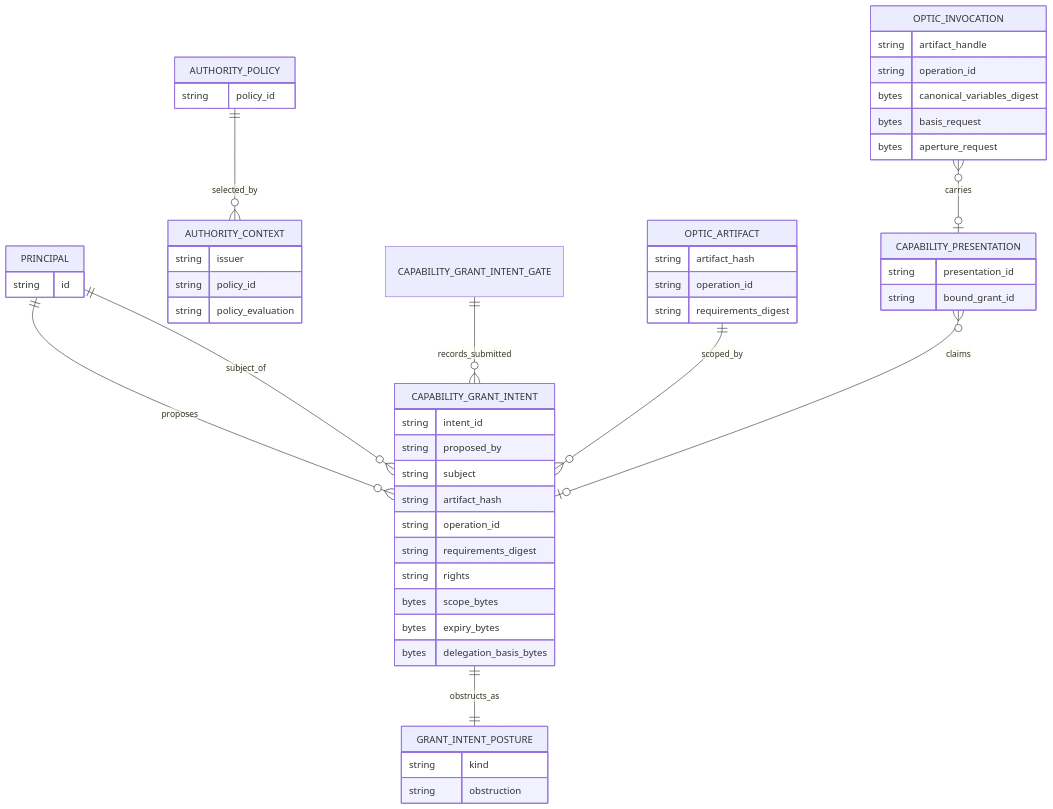
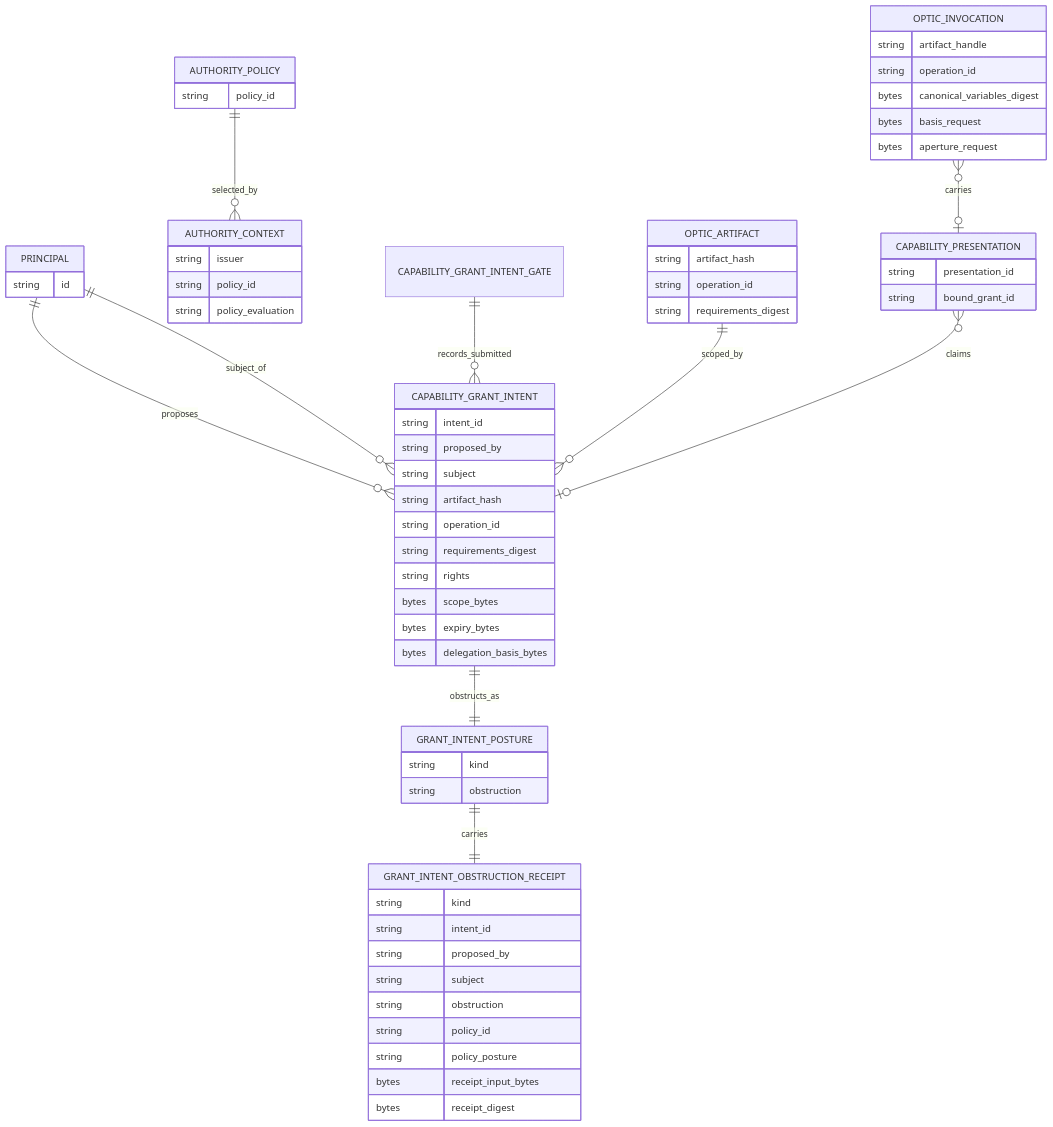
Before and after one commit to flyingrobots/echo: the fifth of 5 diagrams in docs/design/optic-capability-grant-intent-boundary.md, drawn with Mermaid. The commit also changed other lines of this file and 4 other files, not shown here.

Commit message:
feat(core): add grant intent obstruction receipt shape

````diff
--- a/docs/design/optic-capability-grant-intent-boundary.md
+++ b/docs/design/optic-capability-grant-intent-boundary.md
@@ -231,62 +250,75 @@
 ```mermaid
 erDiagram
   PRINCIPAL ||--o{ CAPABILITY_GRANT_INTENT : proposes
   PRINCIPAL ||--o{ CAPABILITY_GRANT_INTENT : subject_of
   AUTHORITY_POLICY ||--o{ AUTHORITY_CONTEXT : selected_by
   CAPABILITY_GRANT_INTENT_GATE ||--o{ CAPABILITY_GRANT_INTENT : records_submitted
   OPTIC_ARTIFACT ||--o{ CAPABILITY_GRANT_INTENT : scoped_by
   CAPABILITY_GRANT_INTENT ||--|| GRANT_INTENT_POSTURE : obstructs_as
+  GRANT_INTENT_POSTURE ||--|| GRANT_INTENT_OBSTRUCTION_RECEIPT : carries
   CAPABILITY_PRESENTATION }o--o| CAPABILITY_GRANT_INTENT : claims
   OPTIC_INVOCATION }o--o| CAPABILITY_PRESENTATION : carries
 
   PRINCIPAL {
     string id
   }
 
   AUTHORITY_POLICY {
     string policy_id
   }
 
   AUTHORITY_CONTEXT {
     string issuer
     string policy_id
     string policy_evaluation
   }
 
   OPTIC_ARTIFACT {
     string artifact_hash
     string operation_id
     string requirements_digest
   }
 
   CAPABILITY_GRANT_INTENT {
     string intent_id
     string proposed_by
     string subject
     string artifact_hash
     string operation_id
     string requirements_digest
     string rights
     bytes scope_bytes
     bytes expiry_bytes
     bytes delegation_basis_bytes
   }
 
   CAPABILITY_PRESENTATION {
     string presentation_id
     string bound_grant_id
   }
 
   OPTIC_INVOCATION {
     string artifact_handle
     string operation_id
     bytes canonical_variables_digest
     bytes basis_request
     bytes aperture_request
   }
 
   GRANT_INTENT_POSTURE {
     string kind
     string obstruction
   }
+
+  GRANT_INTENT_OBSTRUCTION_RECEIPT {
+    string kind
+    string intent_id
+    string proposed_by
+    string subject
+    string obstruction
+    string policy_id
+    string policy_posture
+    bytes receipt_input_bytes
+    bytes receipt_digest
+  }
 ```
````
